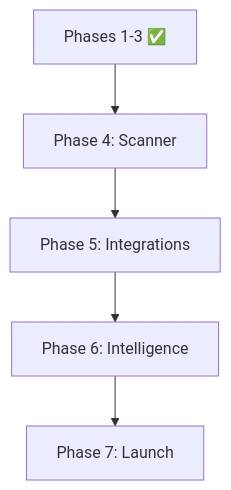
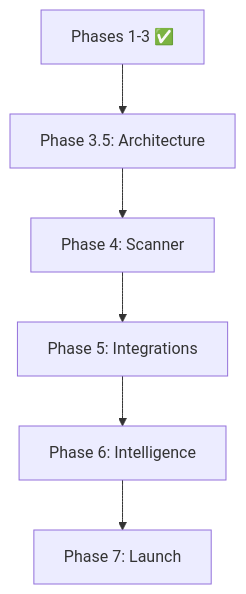
One commit to JoshMcDev/AIKO-IOS changed the diagram in Project_Tasks.md. Above: the diagram before and after it, drawn with Mermaid. The commit also changed other lines of this file and 36 other files, not shown here.

First line of the commit message:
Fix all build errors and complete Triple Architecture migration progress

````diff
--- a/Project_Tasks.md
+++ b/Project_Tasks.md
@@ -334,7 +376,8 @@
 ```mermaid
 graph TD
-    A[Phases 1-3 ✅] --> B[Phase 4: Scanner]
-    B --> C[Phase 5: Integrations]
-    C --> D[Phase 6: Intelligence]
-    D --> E[Phase 7: Launch]
+    A[Phases 1-3 ✅] --> B[Phase 3.5: Architecture]
+    B --> C[Phase 4: Scanner]
+    C --> D[Phase 5: Integrations]
+    D --> E[Phase 6: Intelligence]
+    E --> F[Phase 7: Launch]
 ```
````
